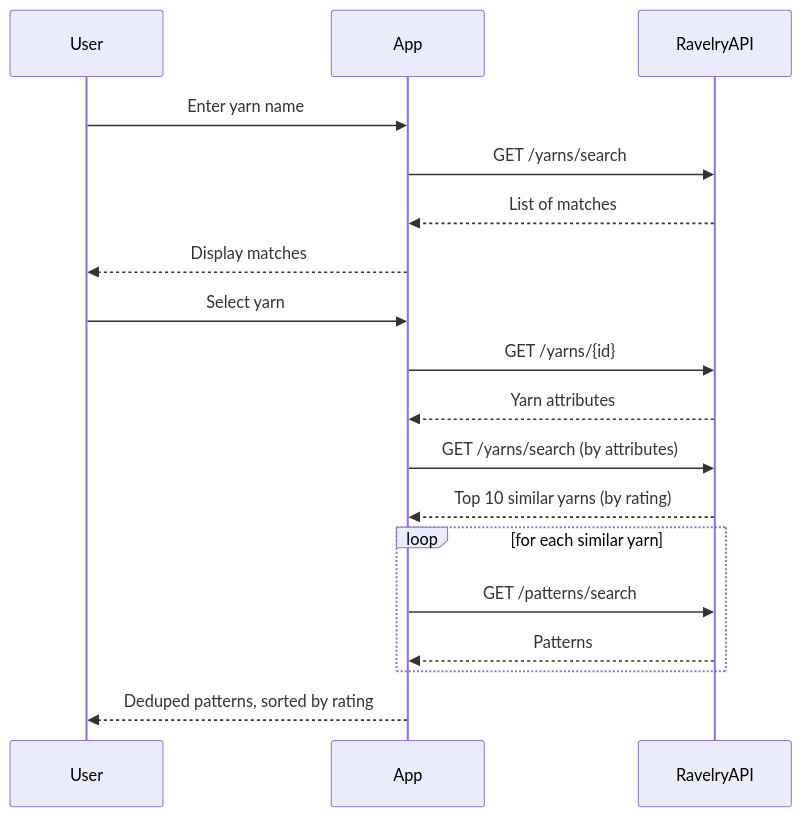
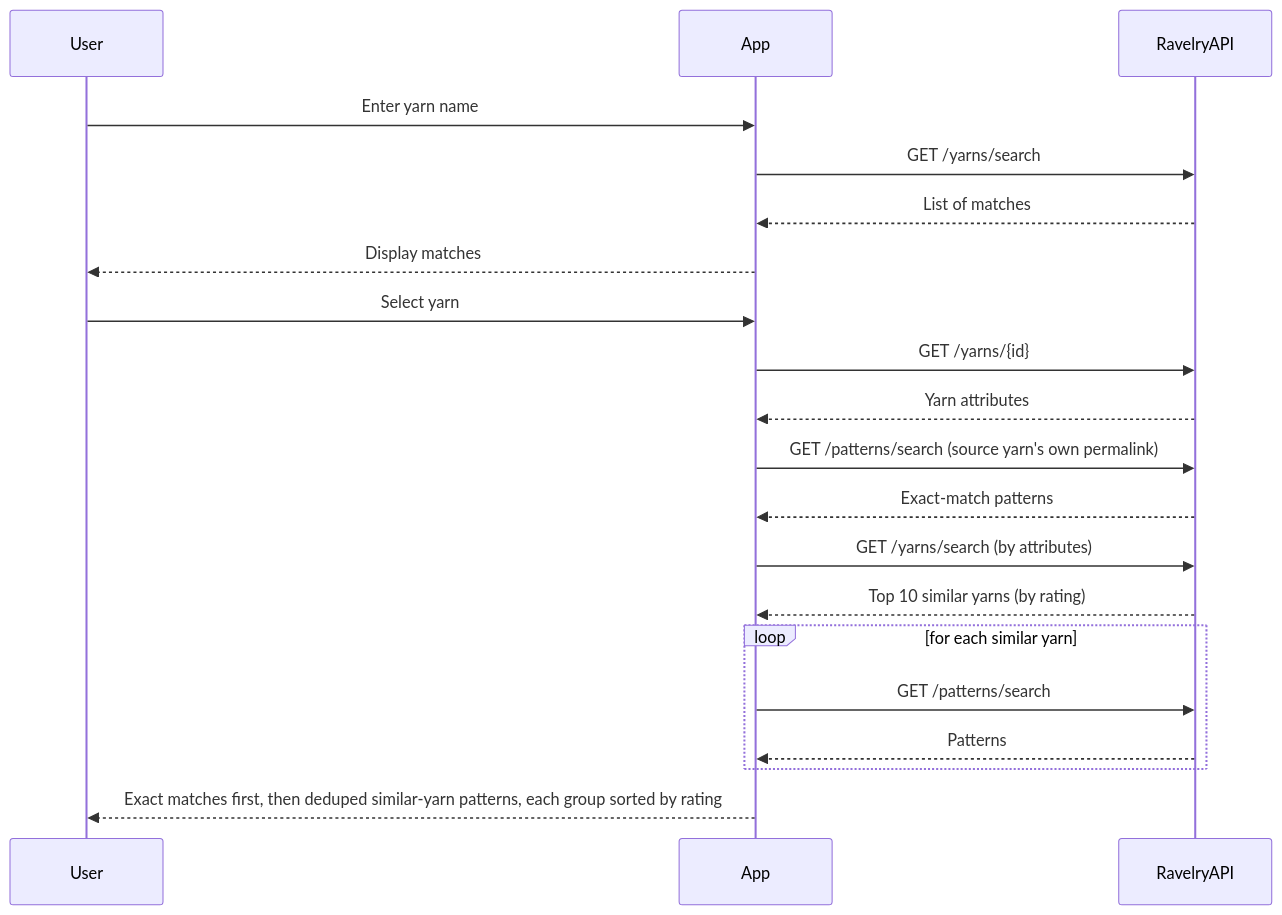
The diagram in docs/spec.md (abrostoff2/knitting-app), drawn with Mermaid before and after one commit. The commit also changed other lines of this file and 8 other files, not shown here.

````diff
--- a/docs/spec.md
+++ b/docs/spec.md
@@ -23,21 +34,23 @@
 ```mermaid
 sequenceDiagram
     participant User
     participant App
     participant RavelryAPI
 
     User->>App: Enter yarn name
     App->>RavelryAPI: GET /yarns/search
     RavelryAPI-->>App: List of matches
     App-->>User: Display matches
     User->>App: Select yarn
     App->>RavelryAPI: GET /yarns/{id}
     RavelryAPI-->>App: Yarn attributes
+    App->>RavelryAPI: GET /patterns/search (source yarn's own permalink)
+    RavelryAPI-->>App: Exact-match patterns
     App->>RavelryAPI: GET /yarns/search (by attributes)
     RavelryAPI-->>App: Top 10 similar yarns (by rating)
     loop for each similar yarn
         App->>RavelryAPI: GET /patterns/search
         RavelryAPI-->>App: Patterns
     end
-    App-->>User: Deduped patterns, sorted by rating
+    App-->>User: Exact matches first, then deduped similar-yarn patterns, each group sorted by rating
 ```
````
